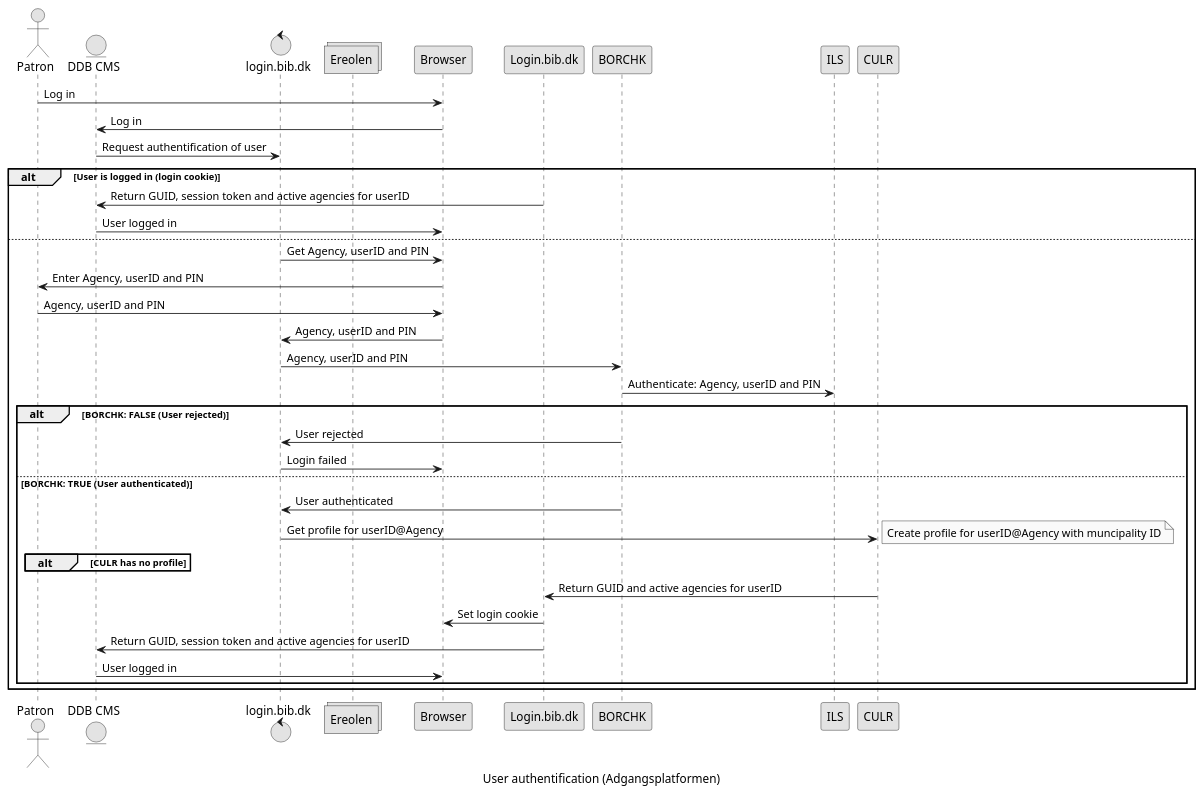
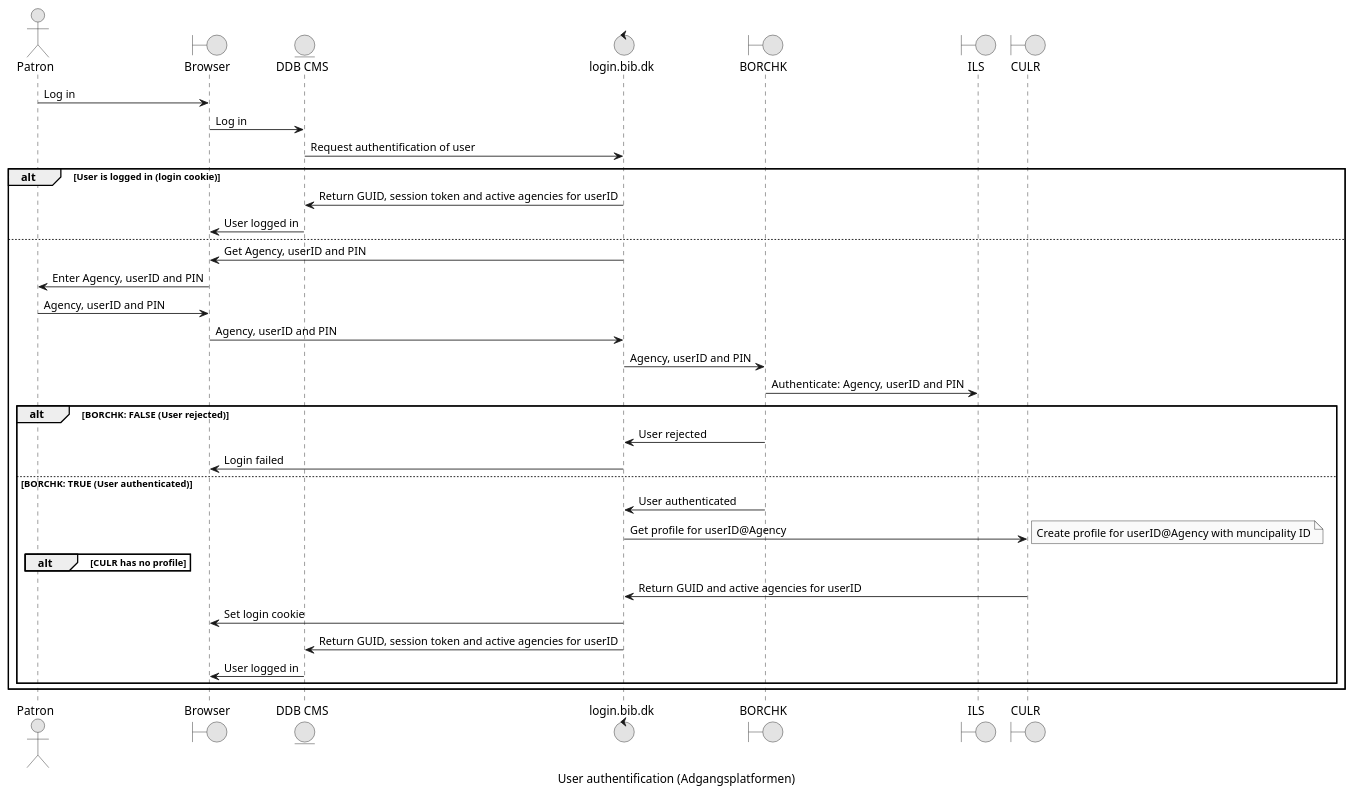
Before and after one commit to danskernesdigitalebibliotek/plantuml: the diagram in docs/sso/singlesignon.puml, drawn with PlantUML.

Commit message:
Added order of participants and removed eReolen

```diff
--- a/docs/sso/singlesignon.puml
+++ b/docs/sso/singlesignon.puml
@@ -1,48 +1,51 @@
 @startuml
 caption User authentification (Adgangsplatformen)
 'Single Sign On
 
 ' Skinparams '
 skinparam monochrome true
 'skinparam handwritten true
 
 ' Participants
 actor Patron
+boundary Browser
 entity "DDB CMS"
-control login.bib.dk
-collections Ereolen
+control "login.bib.dk"
+boundary BORCHK
+boundary ILS
+boundary CULR
 
 
 Patron->Browser: Log in
 Browser->"DDB CMS": Log in
 "DDB CMS"->login.bib.dk: Request authentification of user
 
 alt User is logged in (login cookie)
-    Login.bib.dk->"DDB CMS": Return GUID, session token and active agencies for userID
+    login.bib.dk->"DDB CMS": Return GUID, session token and active agencies for userID
     "DDB CMS"->Browser: User logged in
 else
     login.bib.dk->Browser: Get Agency, userID and PIN
     Browser->Patron: Enter Agency, userID and PIN
     Patron->Browser: Agency, userID and PIN
     Browser->login.bib.dk: Agency, userID and PIN
 
     login.bib.dk->BORCHK: Agency, userID and PIN
 
     BORCHK->ILS: Authenticate: Agency, userID and PIN
 
     alt BORCHK: FALSE (User rejected)
         BORCHK->login.bib.dk: User rejected
         login.bib.dk->Browser: Login failed
     else BORCHK: TRUE (User authenticated)
         BORCHK->login.bib.dk: User authenticated
         login.bib.dk->CULR: Get profile for userID@Agency
         alt CULR has no profile
             note right: Create profile for userID@Agency with muncipality ID
         end
-        CULR->Login.bib.dk: Return GUID and active agencies for userID
-        Login.bib.dk->Browser: Set login cookie
-        Login.bib.dk->"DDB CMS": Return GUID, session token and active agencies for userID
+        CULR->login.bib.dk: Return GUID and active agencies for userID
+        login.bib.dk->Browser: Set login cookie
+        login.bib.dk->"DDB CMS": Return GUID, session token and active agencies for userID
         "DDB CMS"->Browser: User logged in
     end
 end
 @enduml
```
